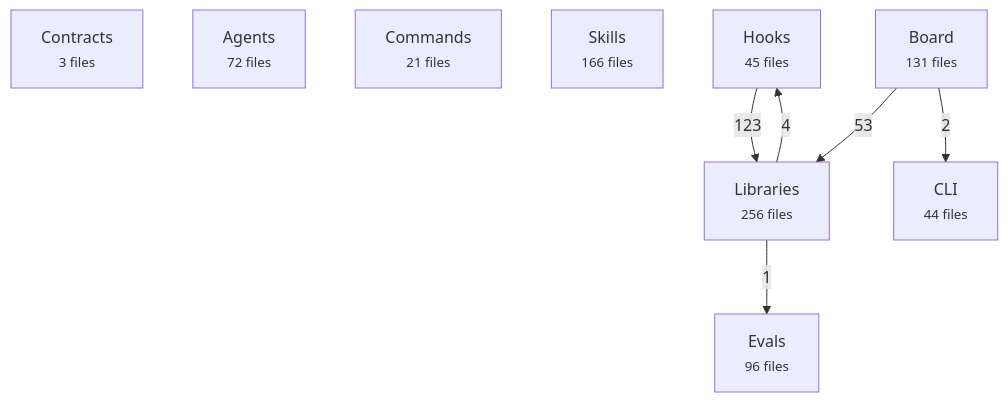
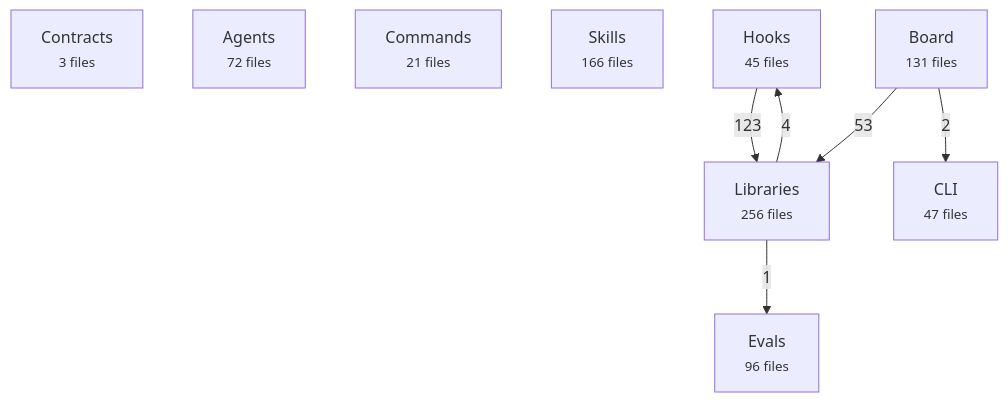
Before and after one commit to avelikiy/great_cto: the first of 2 diagrams in docs/reference/architecture-map.md, drawn with Mermaid. The commit also changed other lines of this file and 19 other files, not shown here.

````diff
--- a/docs/reference/architecture-map.md
+++ b/docs/reference/architecture-map.md
@@ -20,17 +20,17 @@
 ```mermaid
 flowchart TD
   contracts["Contracts<br/><small>3 files</small>"]
   agents["Agents<br/><small>72 files</small>"]
   commands["Commands<br/><small>21 files</small>"]
   skills["Skills<br/><small>166 files</small>"]
   hooks["Hooks<br/><small>45 files</small>"]
   libs["Libraries<br/><small>256 files</small>"]
   board["Board<br/><small>131 files</small>"]
-  cli["CLI<br/><small>44 files</small>"]
+  cli["CLI<br/><small>47 files</small>"]
   evals["Evals<br/><small>96 files</small>"]
   hooks -->|123| libs
   board -->|53| libs
   libs -->|4| hooks
   board -->|2| cli
   libs -->|1| evals
 ```
````
